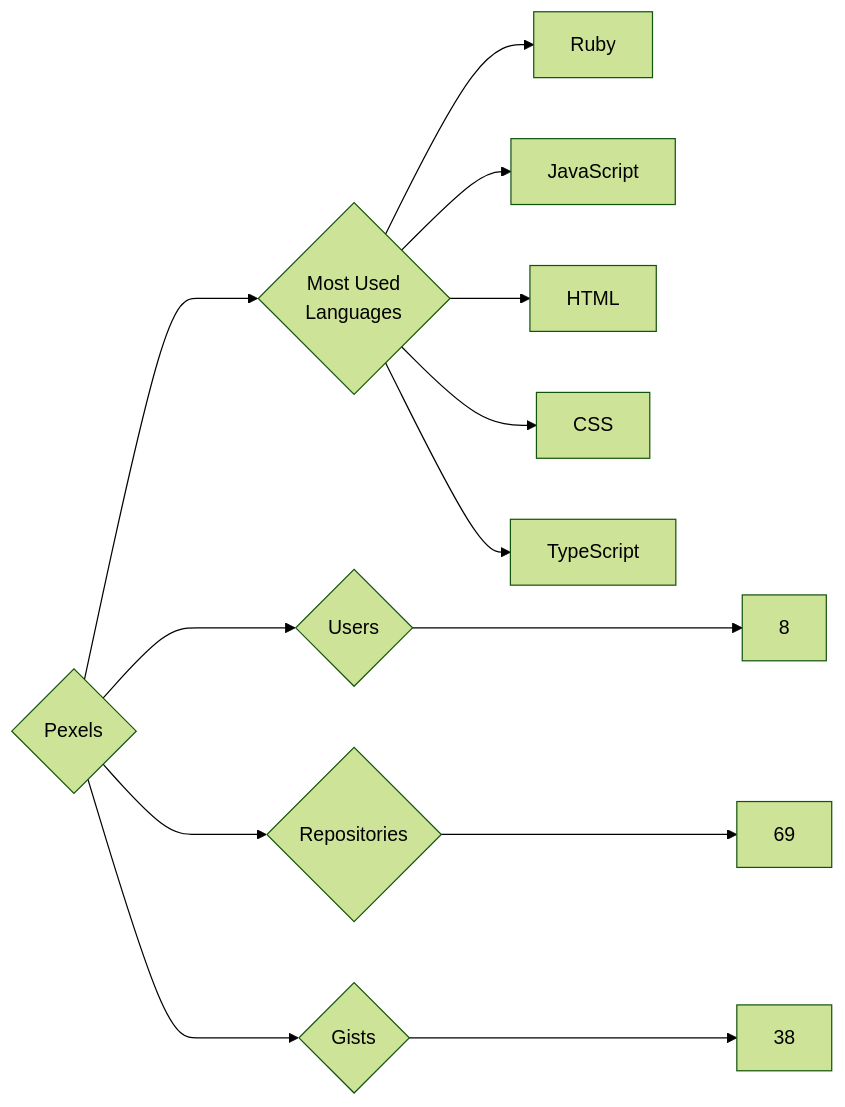
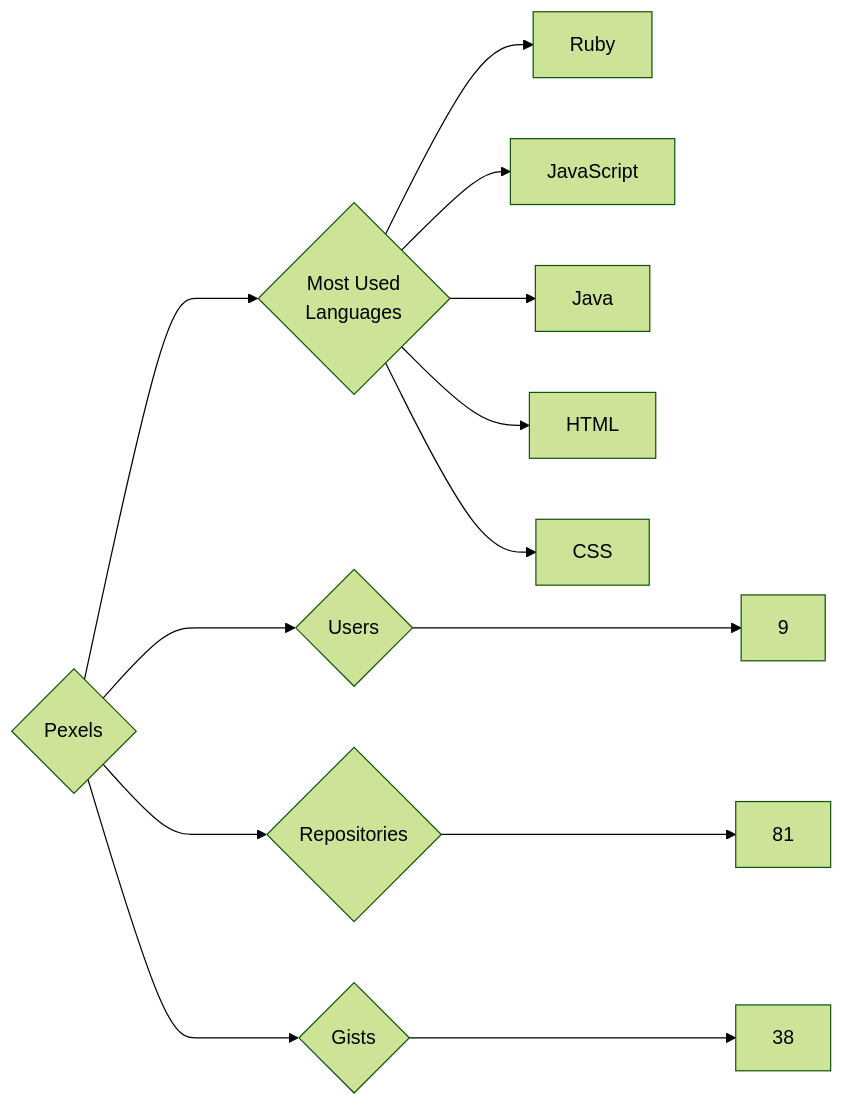
The diagram in targets/Pexels/README.md (trickest/insiders), drawn with Mermaid (forest theme) before and after one commit. The commit also changed 939 other files, not shown here.

````diff
--- a/targets/Pexels/README.md
+++ b/targets/Pexels/README.md
@@ -3,13 +3,13 @@
 ```mermaid
 graph LR
 COMPANY_NAME{Pexels}
-COMPANY_NAME ---> U{Users} ---> UN[8]
-COMPANY_NAME ---> R{Repositories} ---> RN[69]
+COMPANY_NAME ---> U{Users} ---> UN[9]
+COMPANY_NAME ---> R{Repositories} ---> RN[81]
 COMPANY_NAME ---> G{Gists} ---> GN[38]
 COMPANY_NAME ---> ML{Most Used<br>Languages}
 ML --> Ruby[Ruby]
 ML --> JavaScript[JavaScript]
+ML --> Java[Java]
 ML --> HTML[HTML]
 ML --> CSS[CSS]
-ML --> TypeScript[TypeScript]
 ```
````
